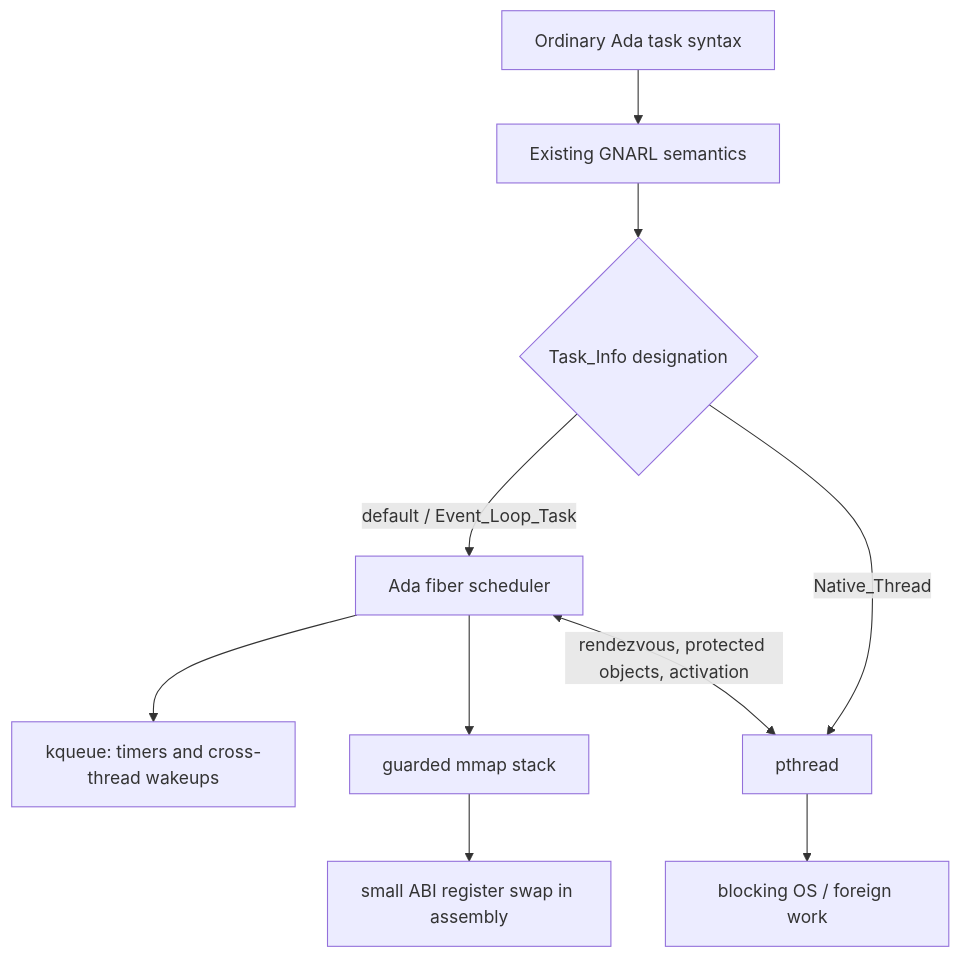
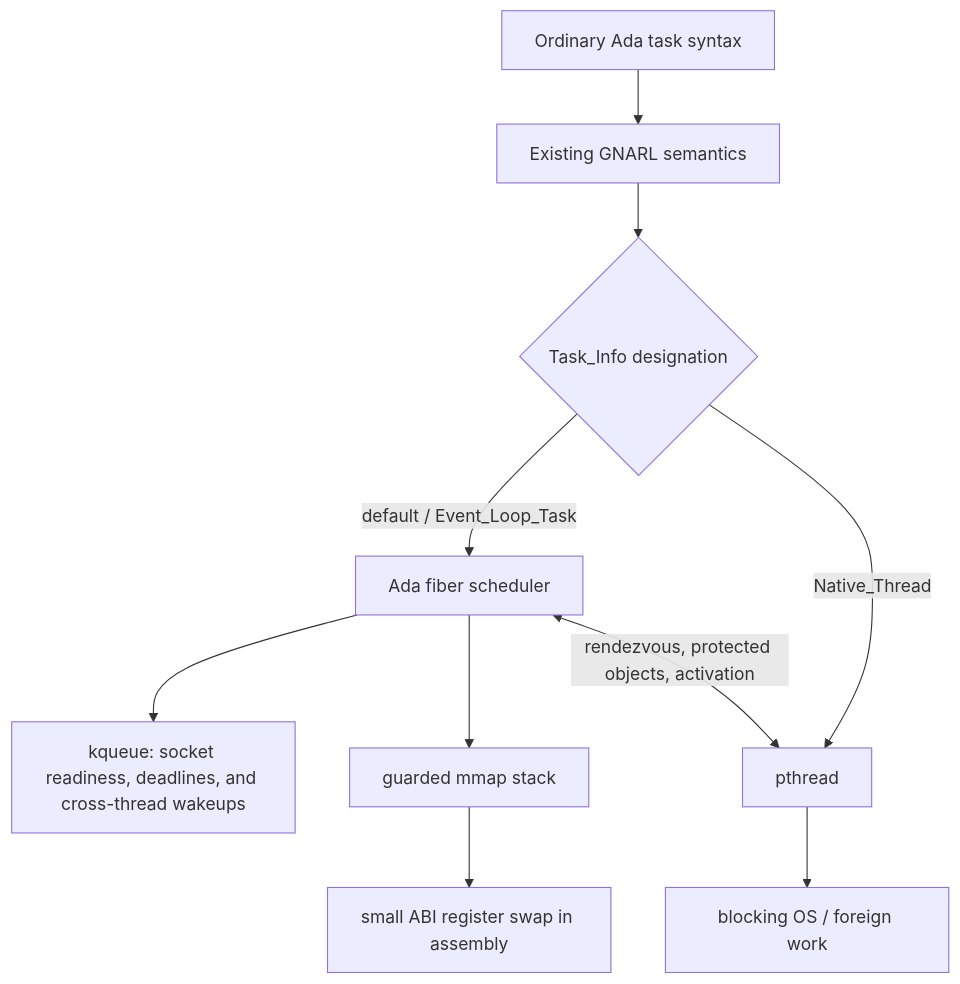
Before and after one commit to flyology-ada/flyology: the diagram in README.md, drawn with Mermaid. The commit also changed other lines of this file and 19 other files, not shown here.

````diff
--- a/README.md
+++ b/README.md
@@ -40,12 +40,12 @@
 ```mermaid
 flowchart TD
     A[Ordinary Ada task syntax] --> G[Existing GNARL semantics]
     G --> R{Task_Info designation}
     R -->|default / Event_Loop_Task| E[Ada fiber scheduler]
     R -->|Native_Thread| P[pthread]
-    E --> K[kqueue: timers and cross-thread wakeups]
+    E --> K[kqueue: socket readiness, deadlines, and cross-thread wakeups]
     E --> C[guarded mmap stack]
     C --> S[small ABI register swap in assembly]
     P --> O[blocking OS / foreign work]
     E <-->|rendezvous, protected objects, activation| P
 ```
````
